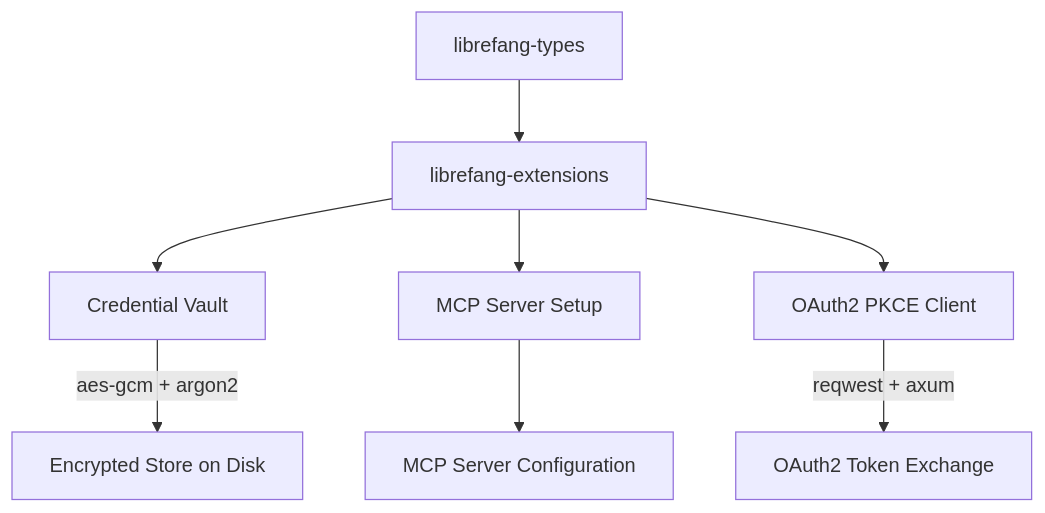
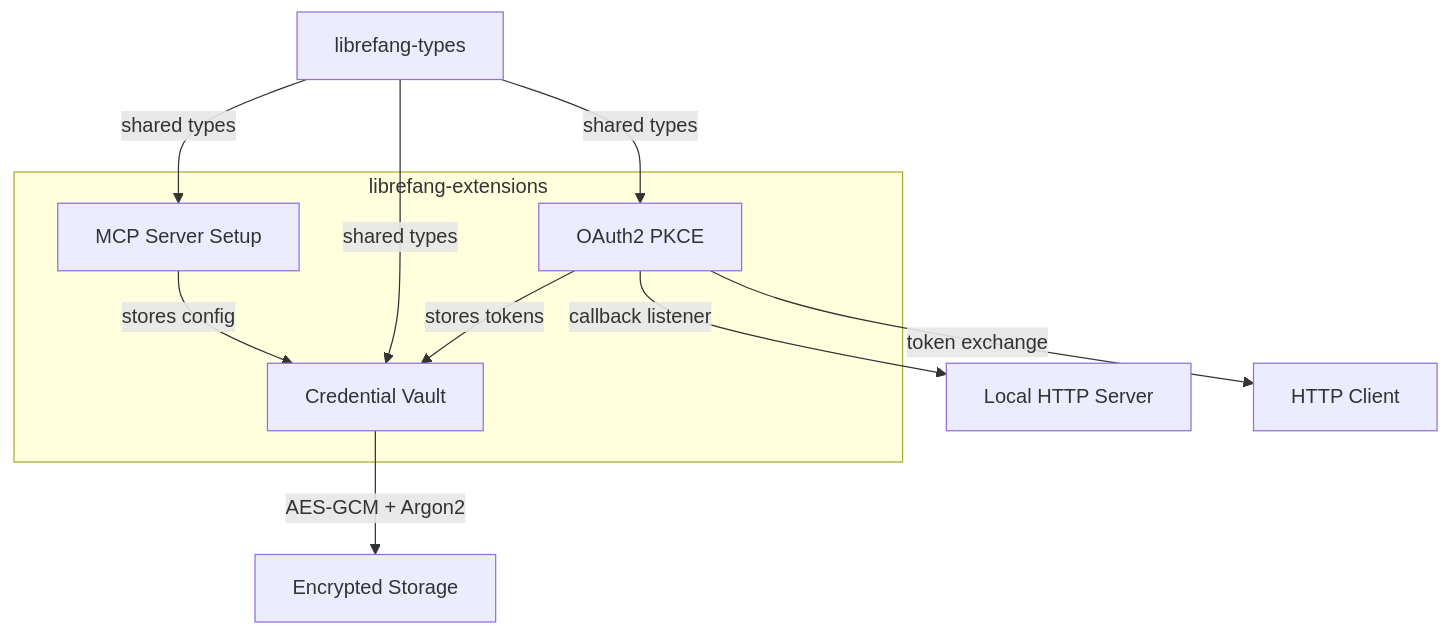
The diagram in other-librefang-extensions.md (leszek3737/librefang-WIki), drawn with Mermaid before and after one commit. The commit also changed other lines of this file and 118 other files, not shown here.

````diff
--- a/other-librefang-extensions.md
+++ b/other-librefang-extensions.md
@@ -21,10 +9,18 @@
 ```mermaid
 graph TD
-    A[librefang-types] --> B[librefang-extensions]
-    B --> C[Credential Vault]
-    B --> D[MCP Server Setup]
-    B --> E[OAuth2 PKCE Client]
-    C -->|aes-gcm + argon2| F[Encrypted Store on Disk]
-    E -->|reqwest + axum| G[OAuth2 Token Exchange]
-    D --> H[MCP Server Configuration]
+    subgraph "librefang-extensions"
+        MCPS[MCP Server Setup]
+        CV[Credential Vault]
+        OA[OAuth2 PKCE]
+    end
+
+    MCPS -->|stores config| CV
+    OA -->|stores tokens| CV
+    CV -->|AES-GCM + Argon2| ENC[Encrypted Storage]
+    OA -->|callback listener| AXUM[Local HTTP Server]
+    OA -->|token exchange| REQ[HTTP Client]
+
+    LT[librefang-types] -->|shared types| MCPS
+    LT -->|shared types| CV
+    LT -->|shared types| OA
 ```
````
